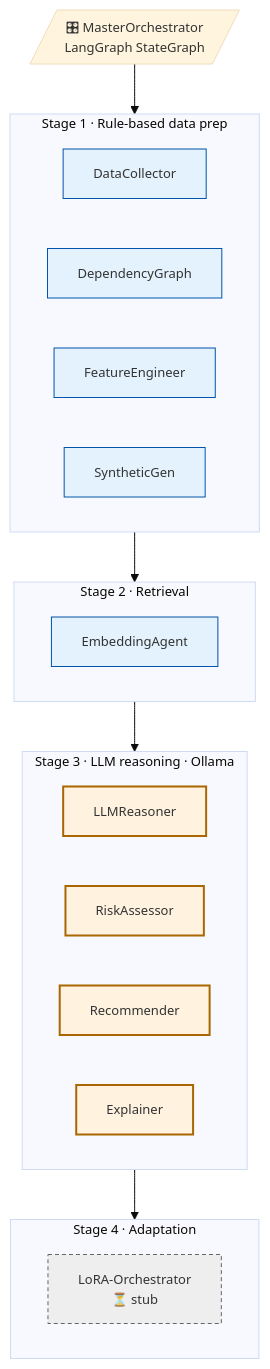
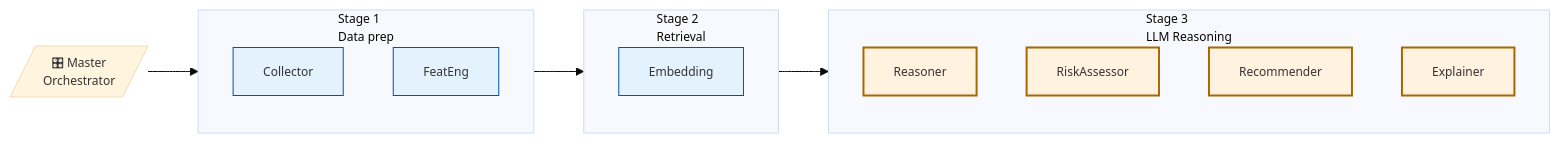
The seventh of 7 diagrams in docs/PRESENTATION_SLIDES.md (bibekgupta3333/repo-sprint), drawn with Mermaid before and after one commit. The commit also changed other lines of this file, not shown here.

Commit message:
Implement feature X to enhance user experience and fix bug Y in module Z

````diff
--- a/docs/PRESENTATION_SLIDES.md
+++ b/docs/PRESENTATION_SLIDES.md
@@ -421,27 +352,21 @@
 ```mermaid
-%%{init: {'theme':'base','themeVariables':{'fontSize':'13px'}}}%%
-flowchart TB
-    MO[/"🎛 MasterOrchestrator<br/>LangGraph StateGraph"/]
-    subgraph S1["Stage 1 · Rule-based data prep"]
-        A1[DataCollector]:::rule
-        A2[DependencyGraph]:::rule
-        A3[FeatureEngineer]:::rule
-        A4[SyntheticGen]:::rule
+%%{init: {'theme':'base','themeVariables':{'fontSize':'12px'}}}%%
+flowchart LR
+    MO[/"🎛 Master<br/>Orchestrator"/]
+    subgraph S1["Stage 1<br/>Data prep"]
+        A1[Collector]:::rule
+        A2[FeatEng]:::rule
     end
-    subgraph S2["Stage 2 · Retrieval"]
-        A5[EmbeddingAgent]:::rule
+    subgraph S2["Stage 2<br/>Retrieval"]
+        A3[Embedding]:::rule
     end
-    subgraph S3["Stage 3 · LLM reasoning · Ollama"]
-        A6[LLMReasoner]:::llm
-        A7[RiskAssessor]:::llm
-        A8[Recommender]:::llm
-        A9[Explainer]:::llm
+    subgraph S3["Stage 3<br/>LLM Reasoning"]
+        A4[Reasoner]:::llm
+        A5[RiskAssessor]:::llm
+        A6[Recommender]:::llm
+        A7[Explainer]:::llm
     end
-    subgraph S4["Stage 4 · Adaptation"]
-        A10[LoRA-Orchestrator<br/>⏳ stub]:::scope
-    end
-    MO --> S1 --> S2 --> S3 --> S4
+    MO --> S1 --> S2 --> S3
     classDef rule fill:#e3f2fd,stroke:#05a
     classDef llm fill:#fff3e0,stroke:#a60,stroke-width:2px
-    classDef scope fill:#eee,stroke:#666,stroke-dasharray:4 3
 ```
````
